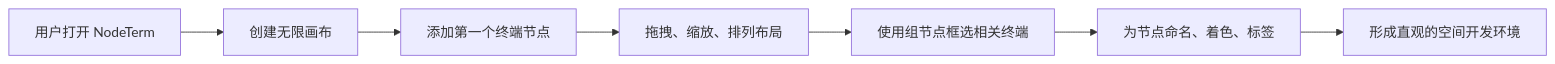
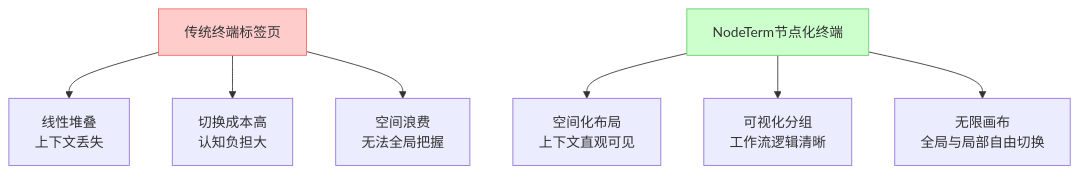
Before and after one commit to iss-tools/github-trending: the first of 3 diagrams in markdown/content/eneskirca-nodeterm.md, drawn with Mermaid. The commit also changed other lines of this file and 57 other files, not shown here.

````diff
--- a/markdown/content/eneskirca-nodeterm.md
+++ b/markdown/content/eneskirca-nodeterm.md
@@ -33,9 +33,13 @@
 ```mermaid
-flowchart LR
-    A[用户打开 NodeTerm] --> B[创建无限画布]
-    B --> C[添加第一个终端节点]
-    C --> D[拖拽、缩放、排列布局]
-    D --> E[使用组节点框选相关终端]
-    E --> F[为节点命名、着色、标签]
-    F --> G[形成直观的空间开发环境]
+flowchart TD
+    A[传统终端标签页] --> B[线性堆叠<br>上下文丢失]
+    A --> C[切换成本高<br>认知负担大]
+    A --> D[空间浪费<br>无法全局把握]
+    
+    E[NodeTerm节点化终端] --> F[空间化布局<br>上下文直观可见]
+    E --> G[可视化分组<br>工作流逻辑清晰]
+    E --> H[无限画布<br>全局与局部自由切换]
+    
+    style A fill:#ffcccc,stroke:#ff6666
+    style E fill:#ccffcc,stroke:#66cc66
 ```
````
